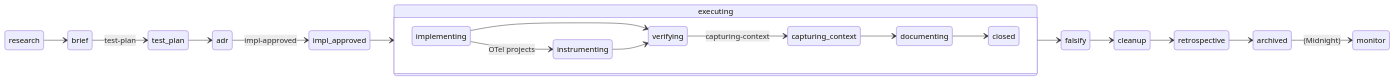
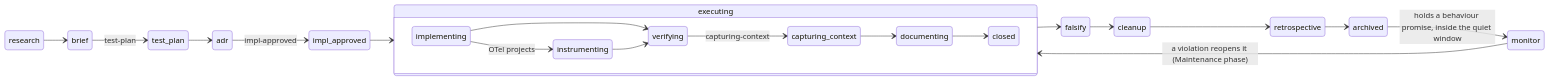
One commit to infinitedusky/indusk changed the second of 2 diagrams in apps/docs/src/guide/plan-lifecycle.md. Above: the diagram before and after it, drawn with Mermaid. The commit also changed other lines of this file and 8 other files, not shown here.

````diff
--- a/apps/docs/src/guide/plan-lifecycle.md
+++ b/apps/docs/src/guide/plan-lifecycle.md
@@ -91,23 +93,24 @@
 ```mermaid
 stateDiagram-v2
     direction LR
     research --> brief
     brief --> test_plan: test-plan
     test_plan --> adr
     adr --> impl_approved: impl-approved
     impl_approved --> executing
     executing --> falsify
     falsify --> cleanup
     cleanup --> retrospective
     retrospective --> archived
-    archived --> monitor: (Midnight)
+    archived --> monitor: holds a behaviour promise, inside the quiet window
+    monitor --> executing: a violation reopens it (Maintenance phase)
     state executing {
         direction LR
         implementing --> verifying
         implementing --> instrumenting: OTel projects
         instrumenting --> verifying
         verifying --> capturing_context: capturing-context
         capturing_context --> documenting
         documenting --> closed
     }
 ```
````
